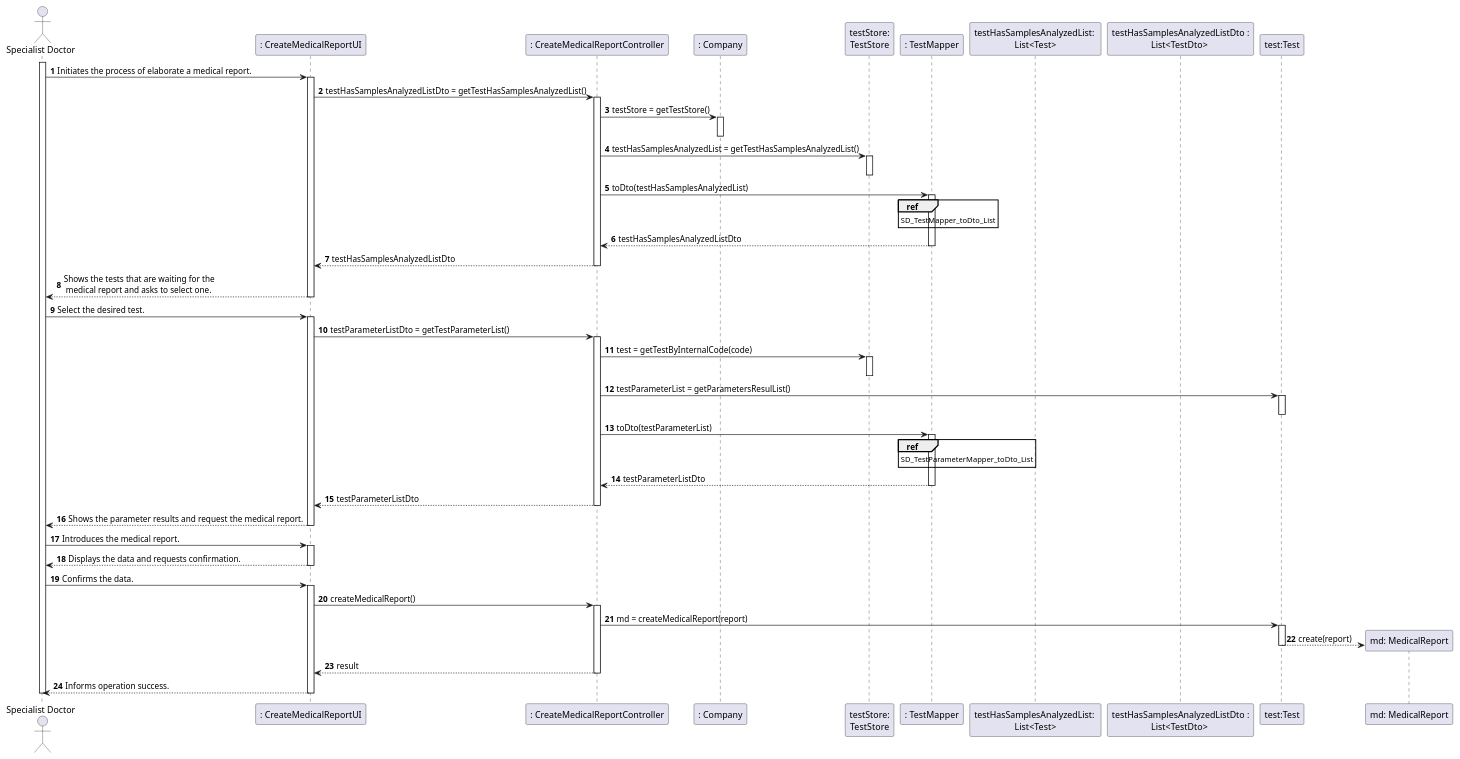
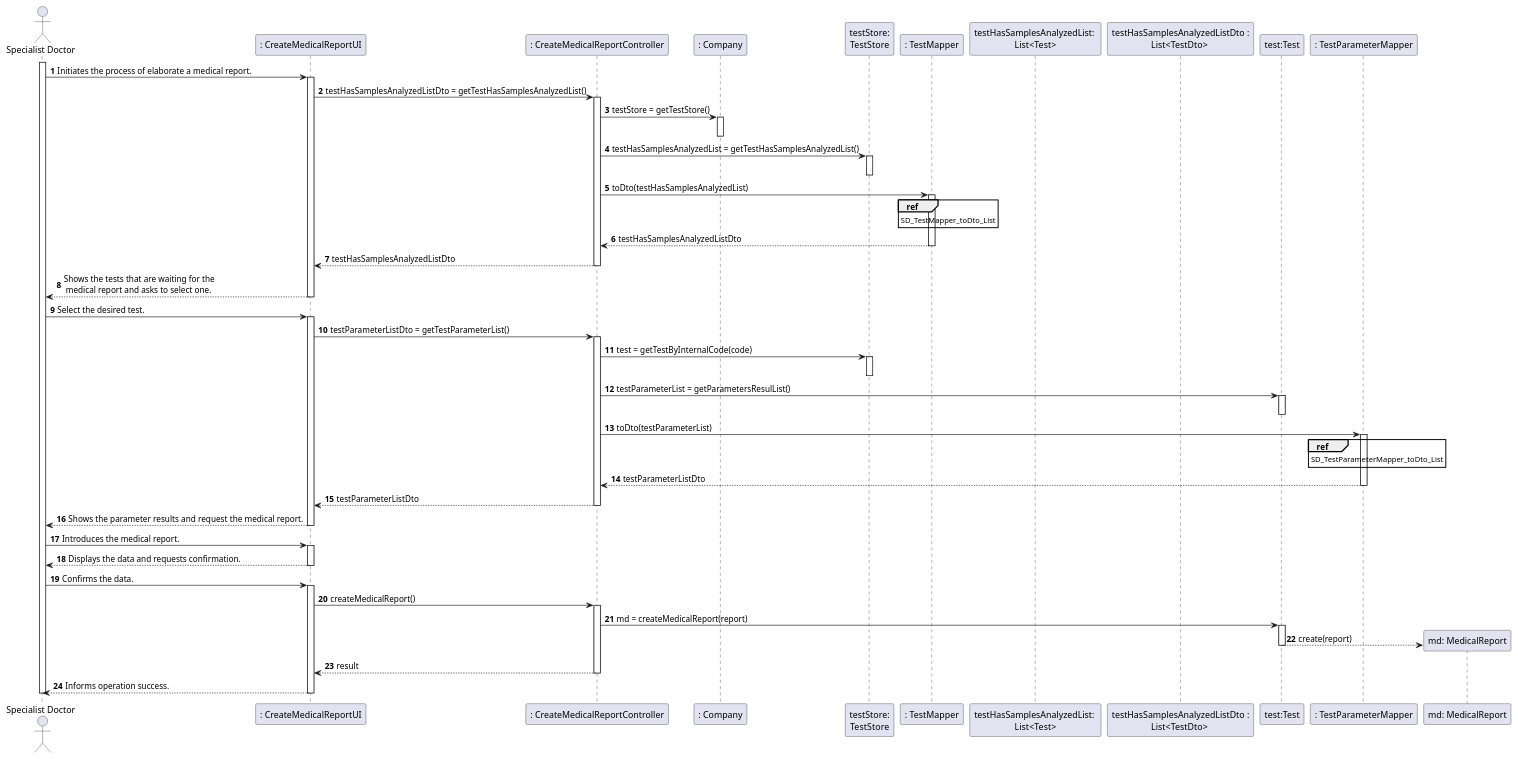
Before and after one commit to manu-07-ela/LAPR2_ISEP: the diagram in docs/SprintC/US14/US14_SD.puml, drawn with PlantUML. The commit also changed 2 other files, not shown here.

```diff
--- a/docs/SprintC/US14/US14_SD.puml
+++ b/docs/SprintC/US14/US14_SD.puml
@@ -1,85 +1,86 @@
 @startuml
 autonumber
 'hide footbox
 actor "Specialist Doctor" as Doctor
 
 participant ": CreateMedicalReportUI" as UI
 participant ": CreateMedicalReportController" as CTRL
 participant ": Company" as Comp
 participant "testStore:\nTestStore" as TS
-participant ": TestMapper" as MAPPER
+participant ": TestMapper" as tMAPPER
 participant "testHasSamplesAnalyzedList: \nList<Test>" as List
 participant "testHasSamplesAnalyzedListDto :\nList<TestDto> " as TDto
 participant "dto: TestDto" as TDto
 participant "test:Test" as TEST
+participant ": TestParameterMapper" as tpMAPPER
 participant "md: MedicalReport" as REPORT
 
 activate Doctor
 Doctor -> UI : Initiates the process of elaborate a medical report.
 activate UI
 UI -> CTRL : testHasSamplesAnalyzedListDto = getTestHasSamplesAnalyzedList()
 activate CTRL
 CTRL -> Comp : testStore = getTestStore()
 activate Comp
 deactivate Comp
 CTRL -> TS : testHasSamplesAnalyzedList = getTestHasSamplesAnalyzedList()
 activate TS
 deactivate TS
-CTRL -> MAPPER : toDto(testHasSamplesAnalyzedList)
-activate MAPPER
-ref over MAPPER
+CTRL -> tMAPPER : toDto(testHasSamplesAnalyzedList)
+activate tMAPPER
+ref over tMAPPER
 SD_TestMapper_toDto_List
 end ref
-MAPPER --> CTRL : testHasSamplesAnalyzedListDto
-deactivate MAPPER
+tMAPPER --> CTRL : testHasSamplesAnalyzedListDto
+deactivate tMAPPER
 CTRL --> UI : testHasSamplesAnalyzedListDto
 deactivate CTRL
 UI --> Doctor : Shows the tests that are waiting for the \n medical report and asks to select one.
 deactivate UI
 
 Doctor -> UI :  Select the desired test.
 activate UI
 UI -> CTRL : testParameterListDto = getTestParameterList()
 activate CTRL
 CTRL -> TS : test = getTestByInternalCode(code)
 activate TS
 deactivate TS
 CTRL -> TEST : testParameterList = getParametersResulList()
 activate TEST
 deactivate TEST
-CTRL -> MAPPER : toDto(testParameterList)
-activate MAPPER
-ref over MAPPER
+CTRL -> tpMAPPER : toDto(testParameterList)
+activate tpMAPPER
+ref over tpMAPPER
 SD_TestParameterMapper_toDto_List
 end ref
-MAPPER --> CTRL : testParameterListDto
-deactivate MAPPER
+tpMAPPER --> CTRL : testParameterListDto
+deactivate tpMAPPER
 CTRL --> UI : testParameterListDto
 deactivate CTRL
 UI --> Doctor : Shows the parameter results and request the medical report.
 deactivate UI
 
 Doctor-> UI : Introduces the medical report.
 activate UI
 
 UI --> Doctor : Displays the data and requests confirmation.
 deactivate UI
 
 Doctor-> UI : Confirms the data.
 activate UI
 UI -> CTRL: createMedicalReport()
 activate CTRL
 CTRL -> TEST : md = createMedicalReport(report)
 activate TEST
 TEST --> REPORT** : create(report)
 deactivate TEST
 CTRL --> UI : result
 deactivate CTRL
 UI --> Doctor : Informs operation success.
 deactivate UI
 
 deactivate Doctor
 
 
 
 @enduml
```
